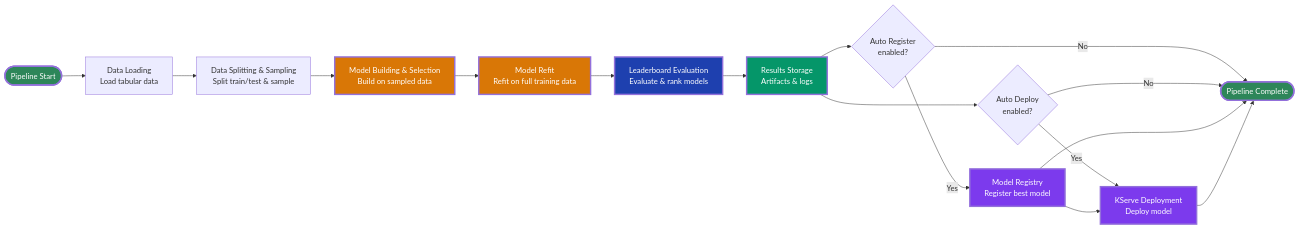
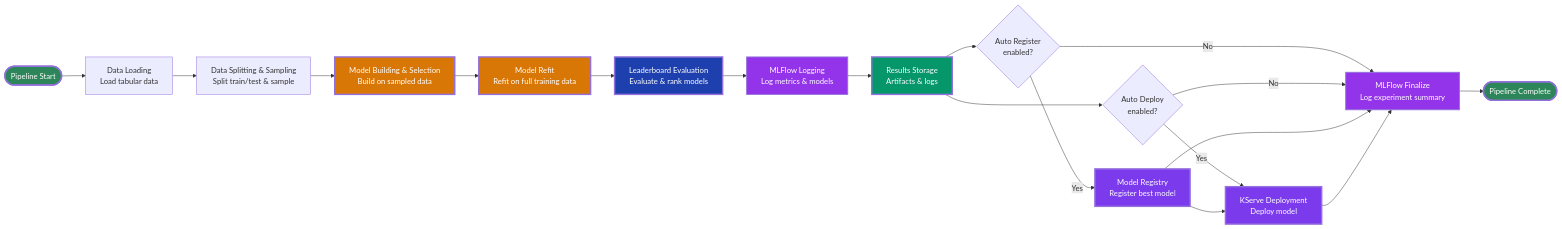
Before and after one commit to opendatahub-io/architecture-decision-records: the diagram in architecture-decision-records/automl/ODH-ADR-0001-automl.md, drawn with Mermaid. The commit also changed other lines of this file and 1 other file, not shown here.

Commit message:
include MlFlow on the flowchart

````diff
--- a/architecture-decision-records/automl/ODH-ADR-0001-automl.md
+++ b/architecture-decision-records/automl/ODH-ADR-0001-automl.md
@@ -82,27 +83,31 @@
 ```mermaid
 flowchart LR
     Start([Pipeline Start]) --> DataLoad["Data Loading<br/>Load tabular data"]
     DataLoad --> DataSplit["Data Splitting & Sampling<br/>Split train/test & sample"]
     DataSplit --> ModelBuild["Model Building & Selection<br/>Build on sampled data"]
     ModelBuild --> ModelRefit["Model Refit<br/>Refit on full training data"]
     ModelRefit --> Leaderboard["Leaderboard Evaluation<br/>Evaluate & rank models"]
-    Leaderboard --> ResultsStorage["Results Storage<br/>Artifacts & logs"]
+    Leaderboard --> MLFlowLog["MLFlow Logging<br/>Log metrics & models"]
+    MLFlowLog --> ResultsStorage["Results Storage<br/>Artifacts & logs"]
     ResultsStorage --> CheckRegistry{"Auto Register<br/>enabled?"}
     ResultsStorage --> CheckDeploy{"Auto Deploy<br/>enabled?"}
     CheckRegistry -->|Yes| Registry["Model Registry<br/>Register best model"]
-    CheckRegistry -->|No| End([Pipeline Complete])
+    CheckRegistry -->|No| MLFlowFinal["MLFlow Finalize<br/>Log experiment summary"]
     CheckDeploy -->|Yes| Deploy["KServe Deployment<br/>Deploy model"]
-    CheckDeploy -->|No| End
+    CheckDeploy -->|No| MLFlowFinal
     Registry --> Deploy
-    Registry --> End
-    Deploy --> End
+    Registry --> MLFlowFinal
+    Deploy --> MLFlowFinal
+    MLFlowFinal --> End([Pipeline Complete])
     
     style Start fill:#2d8659,color:#fff,stroke-width:3px
     style End fill:#2d8659,color:#fff,stroke-width:3px
     style ModelBuild fill:#d97706,color:#fff,stroke-width:3px
     style ModelRefit fill:#d97706,color:#fff,stroke-width:3px
     style Leaderboard fill:#1e40af,color:#fff,stroke-width:3px
     style ResultsStorage fill:#059669,color:#fff,stroke-width:3px
     style Registry fill:#7c3aed,color:#fff,stroke-width:3px
     style Deploy fill:#7c3aed,color:#fff,stroke-width:3px
+    style MLFlowLog fill:#9333ea,color:#fff,stroke-width:2px
+    style MLFlowFinal fill:#9333ea,color:#fff,stroke-width:2px
 ```
````
